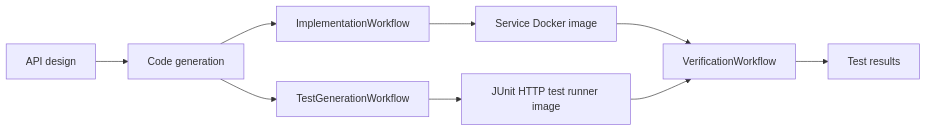
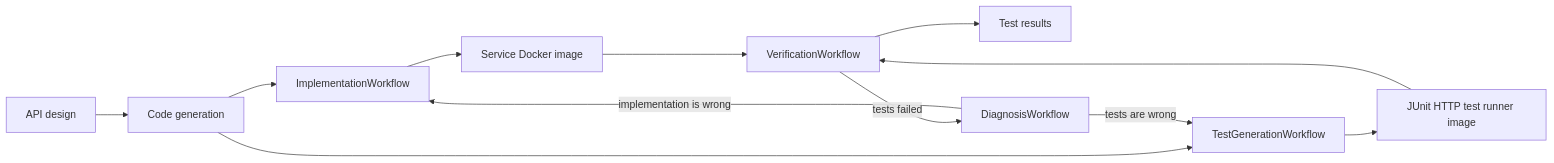
One commit to zikasak/temporal-SDLC changed the diagram in docs/service-implementation.md. Above: the diagram before and after it, drawn with Mermaid. The commit also changed other lines of this file and 21 other files, not shown here.

Commit message:
Add automatic repair loop for failed tests

````diff
--- a/docs/service-implementation.md
+++ b/docs/service-implementation.md
@@ -13,11 +16,14 @@
 ```mermaid
 flowchart LR
     design[API design] --> codegen[Code generation]
     codegen --> implementation[ImplementationWorkflow]
     codegen --> tests[TestGenerationWorkflow]
     implementation --> service[Service Docker image]
     tests --> runner[JUnit HTTP test runner image]
     service --> verification[VerificationWorkflow]
     runner --> verification
     verification --> results[Test results]
+    verification -- tests failed --> diagnosis[DiagnosisWorkflow]
+    diagnosis -- implementation is wrong --> implementation
+    diagnosis -- tests are wrong --> tests
 ```
````
